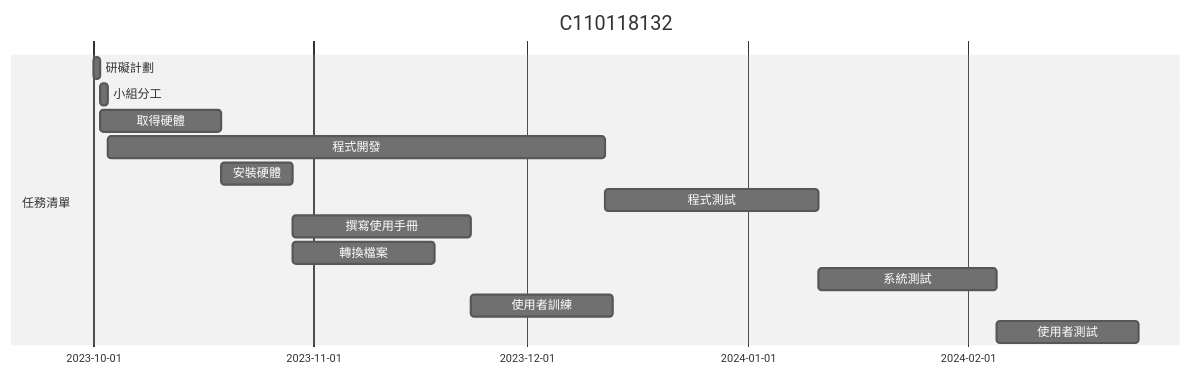
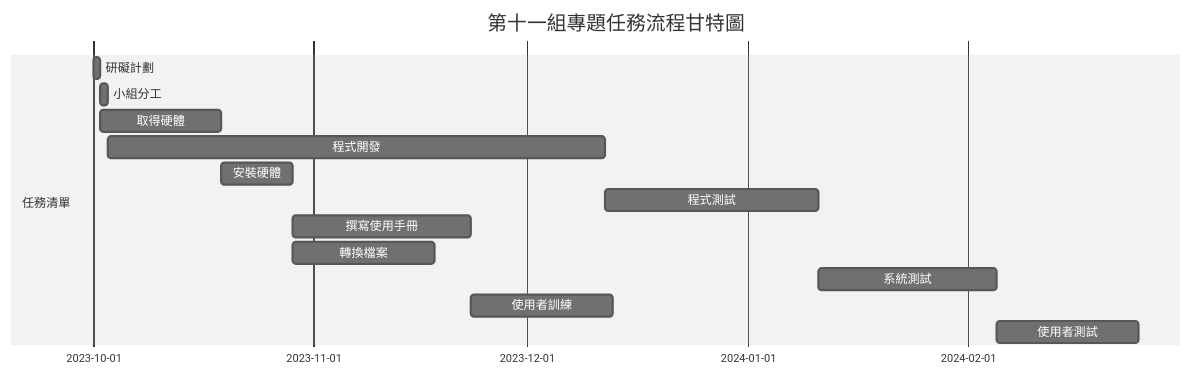
One commit to MITC110118132/No.11 changed the diagram in README.md. Above: the diagram before and after it, drawn with Mermaid (neutral theme).

````diff
--- a/README.md
+++ b/README.md
@@ -4,17 +4,17 @@
 ```mermaid
 gantt
-    title C110118132
+    title 第十一組專題任務流程甘特圖
 
     section 任務清單
     研礙計劃           :a1, 2023-10-01, 1d
     小組分工          :a2, after a1  , 1d
     取得硬體           :a3, after a1  , 17d
     程式開發           :a4, after a2  , 70d
     安裝硬體           :a5, after a3  , 10d
     程式測試           :a6, after a4  , 30d
     撰寫使用手冊        :a7, after a5  , 25d
     轉換檔案           :a8, after a5  , 20d
     系統測試           :a9, after a6  , 25d
     使用者訓練         :a10, after a7  , 20d
     使用者測試         :a11, after a9  , 20d
 ```
````
